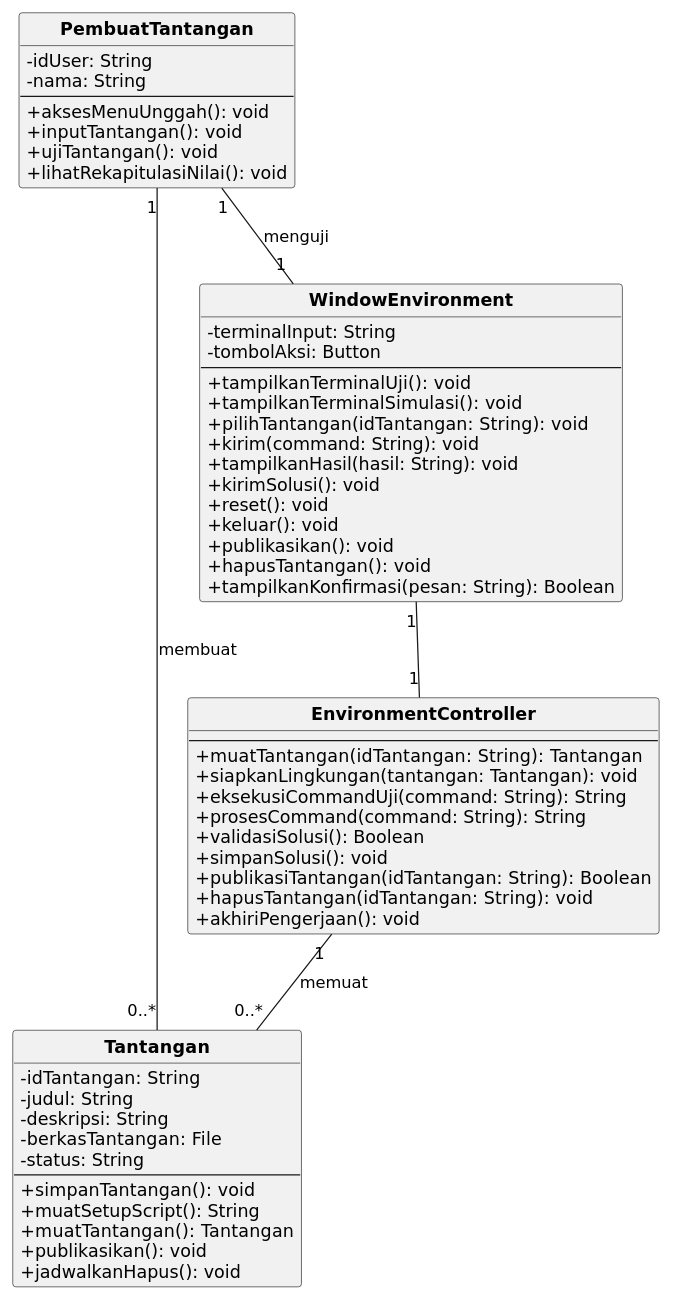
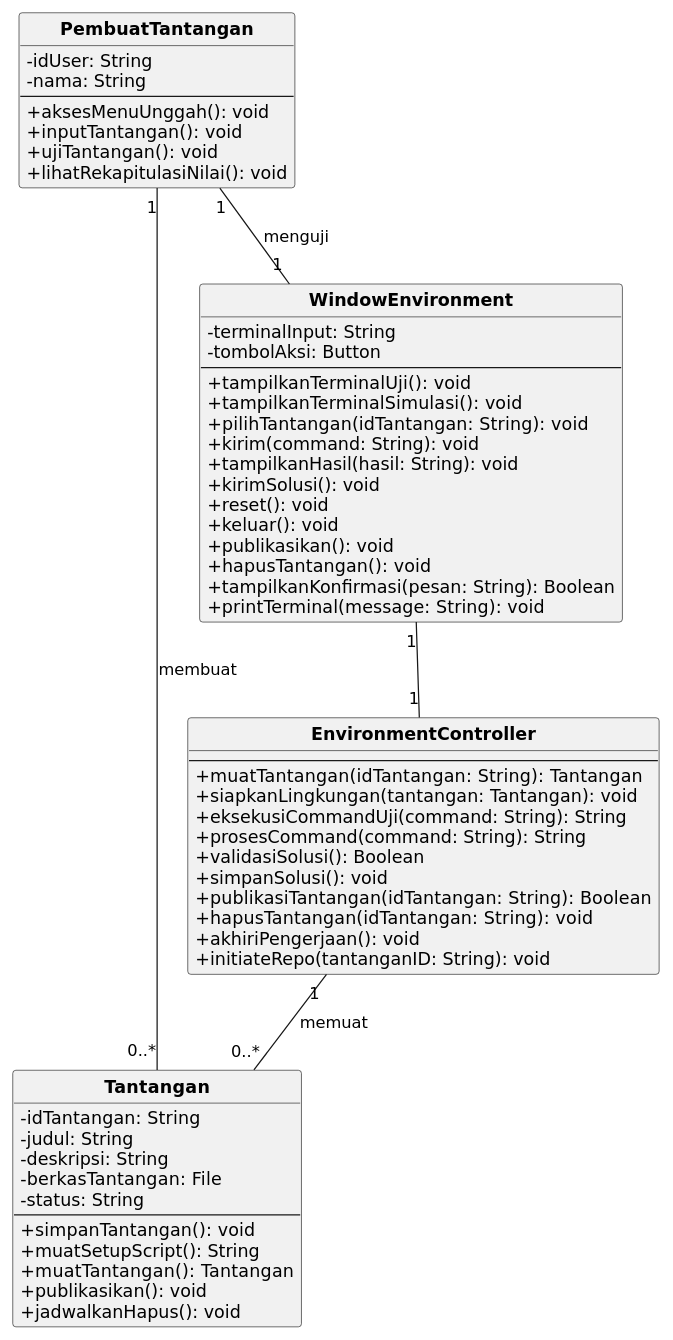
One commit to Semicomatose/IF2150-RPL-K03-G03 changed the diagram in docs/M7/assets/diagram/src/class_diagram_02.puml. Above: the diagram before and after it, drawn with PlantUML. The commit also changed 9 other files, not shown here.

First line of the commit message:
Update milestone 7 class diagrams

```diff
--- a/docs/M7/assets/diagram/src/class_diagram_02.puml
+++ b/docs/M7/assets/diagram/src/class_diagram_02.puml
@@ -1,63 +1,65 @@
 @startuml
 skinparam monochrome true
 skinparam shadowing false
 skinparam defaultFontName DejaVu Sans
 skinparam classAttributeIconSize 0
 skinparam classFontStyle bold
 hide circle
 
 class PembuatTantangan {
   - idUser: String
   - nama: String
   --
   + aksesMenuUnggah(): void
   + inputTantangan(): void
   + ujiTantangan(): void
   + lihatRekapitulasiNilai(): void
 }
 class Tantangan {
   - idTantangan: String
   - judul: String
   - deskripsi: String
   - berkasTantangan: File
   - status: String
   --
   + simpanTantangan(): void
   + muatSetupScript(): String
   + muatTantangan(): Tantangan
   + publikasikan(): void
   + jadwalkanHapus(): void
 }
 class WindowEnvironment {
   - terminalInput: String
   - tombolAksi: Button
   --
   + tampilkanTerminalUji(): void
   + tampilkanTerminalSimulasi(): void
   + pilihTantangan(idTantangan: String): void
   + kirim(command: String): void
   + tampilkanHasil(hasil: String): void
   + kirimSolusi(): void
   + reset(): void
   + keluar(): void
   + publikasikan(): void
   + hapusTantangan(): void
   + tampilkanKonfirmasi(pesan: String): Boolean
+  + printTerminal(message: String): void
 }
 class EnvironmentController {
   --
   + muatTantangan(idTantangan: String): Tantangan
   + siapkanLingkungan(tantangan: Tantangan): void
   + eksekusiCommandUji(command: String): String
   + prosesCommand(command: String): String
   + validasiSolusi(): Boolean
   + simpanSolusi(): void
   + publikasiTantangan(idTantangan: String): Boolean
   + hapusTantangan(idTantangan: String): void
   + akhiriPengerjaan(): void
+  + initiateRepo(tantanganID: String): void
 }
 PembuatTantangan "1" -- "0..*" Tantangan : membuat
 PembuatTantangan "1" -- "1" WindowEnvironment : menguji
 WindowEnvironment "1" -- "1" EnvironmentController
 EnvironmentController "1" -- "0..*" Tantangan : memuat
 @enduml
```
